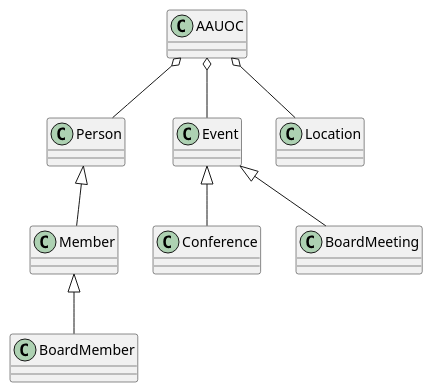
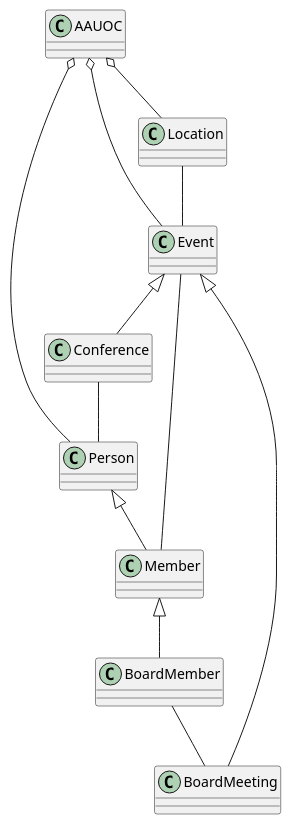
Before and after one commit to ESQUI19/UMLClasesVictoriaRamirezGarcia: the diagram in UMLClases.puml, drawn with PlantUML.

Commit message:
Terminando relaciones.

```diff
--- a/UMLClases.puml
+++ b/UMLClases.puml
@@ -1,24 +1,25 @@
 @startuml
 class AAUOC {}
 class Person{}
 class Member{}
 class BoardMember{}
 class Event{}
 class Conference{}
 class BoardMeeting{}
 class Location{}
 
 AAUOC o-- Person
 AAUOC o-- Event
 AAUOC o-- Location
 Event <|-- BoardMeeting
 Event <|-- Conference
 Member <|-- BoardMember
 Person <|-- Member
 
-
-
-
+Location --Event
+Event -- Member
+Conference -- Person
+BoardMember -- BoardMeeting
 
 
 @enduml
```
